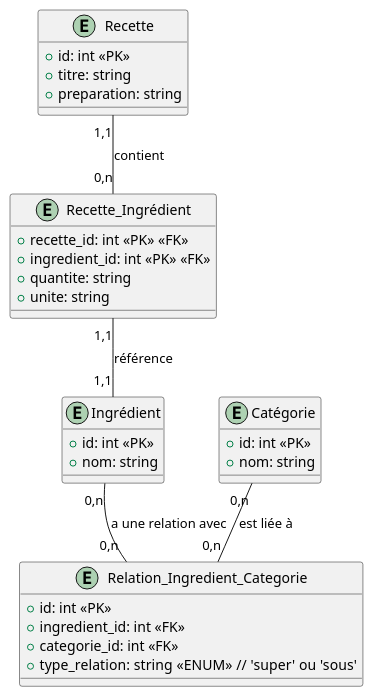
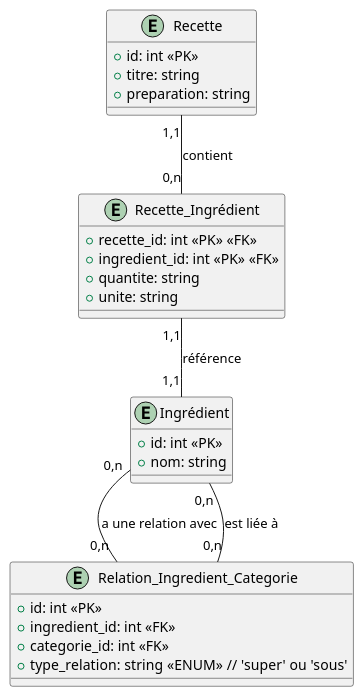
One commit to SmallishMink34/Elixir-Delices changed the diagram in config/database.puml. Above: the diagram before and after it, drawn with PlantUML. The commit also changed 12 other files, not shown here.

```diff
--- a/config/database.puml
+++ b/config/database.puml
@@ -1,38 +1,35 @@
 @startuml
 
 entity "Recette" {
   + id: int <<PK>>
   + titre: string
   + preparation: string
 }
 
 entity "Recette_Ingrédient" {
   + recette_id: int <<PK>> <<FK>>
   + ingredient_id: int <<PK>> <<FK>>
   + quantite: string
   + unite: string
 }
 
 entity "Ingrédient" {
   + id: int <<PK>>
   + nom: string
 }
 
-entity "Catégorie" {
-  + id: int <<PK>>
-  + nom: string
-}
+
 
 entity "Relation_Ingredient_Categorie" {
   + id: int <<PK>>
   + ingredient_id: int <<FK>>
   + categorie_id: int <<FK>>
   + type_relation: string <<ENUM>>  // 'super' ou 'sous'
 }
 
 Recette "1,1" -- "0,n" Recette_Ingrédient : contient
 Recette_Ingrédient "1,1" -- "1,1" Ingrédient : référence
 Ingrédient "0,n" -- "0,n" Relation_Ingredient_Categorie : a une relation avec
-Catégorie "0,n" -- "0,n" Relation_Ingredient_Categorie : est liée à
+Ingrédient "0,n" -- "0,n" Relation_Ingredient_Categorie : est liée à
 
 @enduml
```
